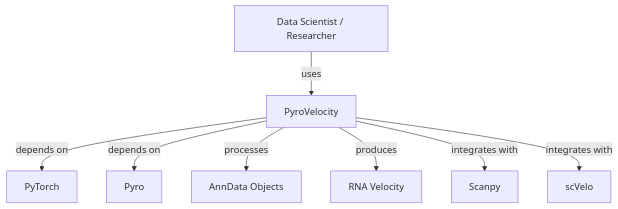
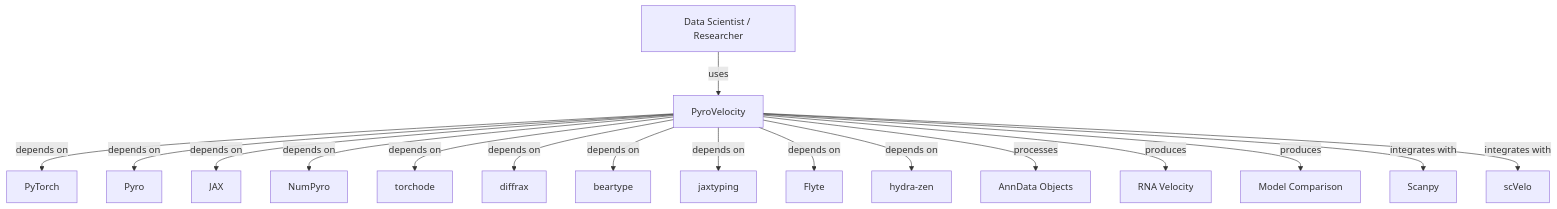
Before and after one commit to pinellolab/pyrovelocity: the first of 4 diagrams in nbs/development/requirements.qmd, drawn with Mermaid. The commit also changed other lines of this file, not shown here.

Commit message:
docs(development): propagate model selection updates to requirements

````diff
--- a/nbs/development/requirements.qmd
+++ b/nbs/development/requirements.qmd
@@ -72,15 +78,24 @@
 ```{mermaid}
 graph TB
     User["Data Scientist / Researcher"] -->|uses| Library["PyroVelocity"]
     Library -->|depends on| PyTorch["PyTorch"]
     Library -->|depends on| Pyro["Pyro"]
+    Library -->|depends on| JAX["JAX"]
+    Library -->|depends on| NumPyro["NumPyro"]
+    Library -->|depends on| Torchode["torchode"]
+    Library -->|depends on| Diffrax["diffrax"]
+    Library -->|depends on| Beartype["beartype"]
+    Library -->|depends on| Jaxtyping["jaxtyping"]
+    Library -->|depends on| Flyte["Flyte"]
+    Library -->|depends on| HydraZen["hydra-zen"]
     Library -->|processes| AnnData["AnnData Objects"]
     Library -->|produces| Velocity["RNA Velocity"]
+    Library -->|produces| ModelComparison["Model Comparison"]
     Library -->|integrates with| Scanpy["Scanpy"]
     Library -->|integrates with| Scvelo["scVelo"]
 
     class User user;
     class Library library;
-    class PyTorch,Pyro,Scanpy,Scvelo external;
-    class AnnData,Velocity data;
+    class PyTorch,Pyro,JAX,NumPyro,Torchode,Diffrax,Beartype,Jaxtyping,Flyte,HydraZen,Scanpy,Scvelo external;
+    class AnnData,Velocity,ModelComparison data;
 ```
````
